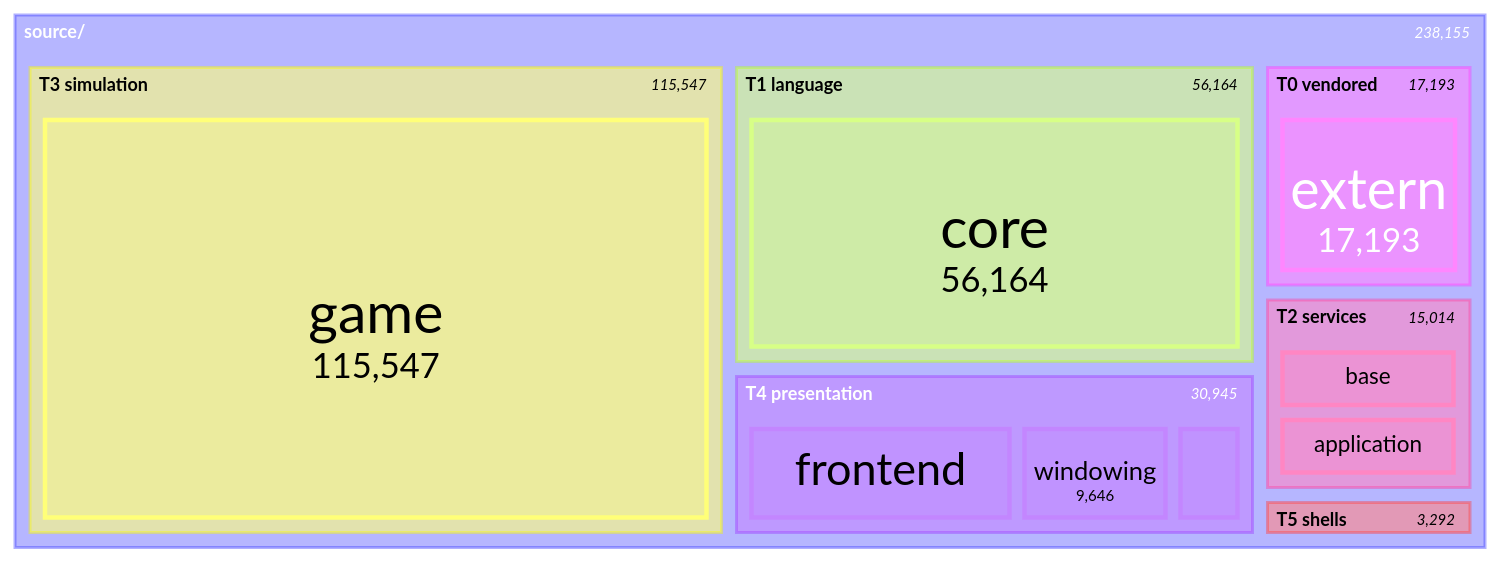
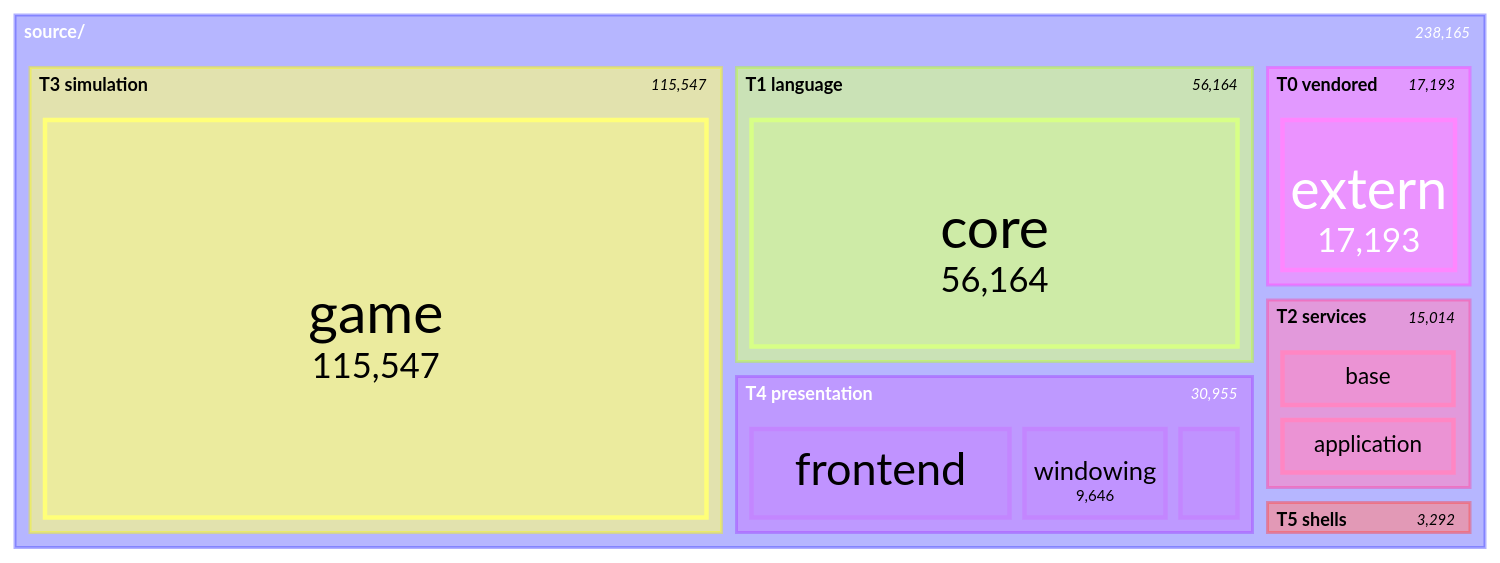
Before and after one commit to apnex/OpenStarbound: the seventh of 11 diagrams in docs/architecture/system-boundaries.md, drawn with Mermaid. The commit also changed other lines of this file, not shown here.

Commit message:
arch-graph: regenerate after the spread telemetry change [#224]

````diff
--- a/docs/architecture/system-boundaries.md
+++ b/docs/architecture/system-boundaries.md
@@ -577,21 +577,21 @@
 ```mermaid
 treemap-beta
 "source/"
     "T0 vendored"
         "extern": 17193
     "T1 language"
         "core": 56164
     "T2 services"
         "base": 7449
         "application": 7423
         "platform": 142
     "T3 simulation"
         "game": 115547
     "T4 presentation"
         "frontend": 16861
         "windowing": 9646
-        "rendering": 4438
+        "rendering": 4448
     "T5 shells"
         "client": 2509
         "server": 783
 ```
````
